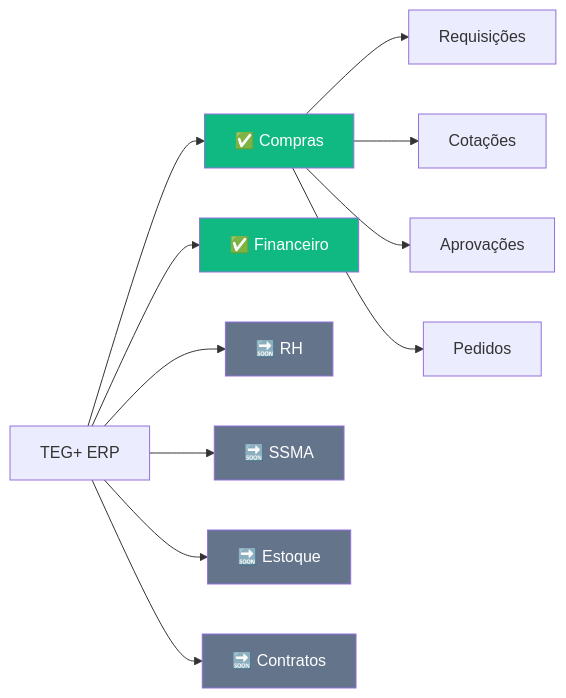
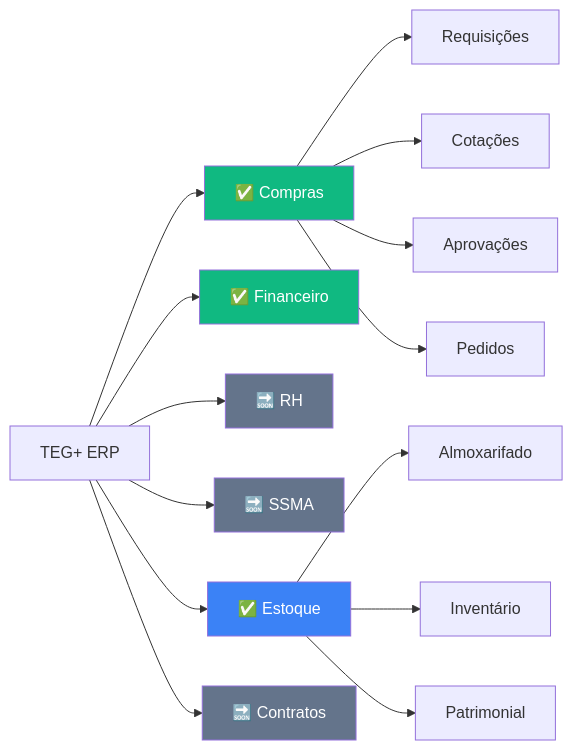
Before and after one commit to leandroteg/teg-plus: the second of 2 diagrams in docs/obsidian/00 - TEG+ INDEX.md, drawn with Mermaid. The commit also changed other lines of this file and 16 other files, not shown here.

````diff
--- a/docs/obsidian/00 - TEG+ INDEX.md
+++ b/docs/obsidian/00 - TEG+ INDEX.md
@@ -82,21 +83,25 @@
 ```mermaid
 graph LR
     M[TEG+ ERP] --> C[✅ Compras]
     M --> F[✅ Financeiro]
     M --> R[🔜 RH]
     M --> S[🔜 SSMA]
-    M --> E[🔜 Estoque]
+    M --> E[✅ Estoque]
     M --> K[🔜 Contratos]
 
     C --> C1[Requisições]
     C --> C2[Cotações]
     C --> C3[Aprovações]
     C --> C4[Pedidos]
 
+    E --> E1[Almoxarifado]
+    E --> E2[Inventário]
+    E --> E3[Patrimonial]
+
     style C fill:#10B981,color:#fff
     style F fill:#10B981,color:#fff
+    style E fill:#3B82F6,color:#fff
     style R fill:#64748B,color:#fff
     style S fill:#64748B,color:#fff
-    style E fill:#64748B,color:#fff
     style K fill:#64748B,color:#fff
 ```
````
